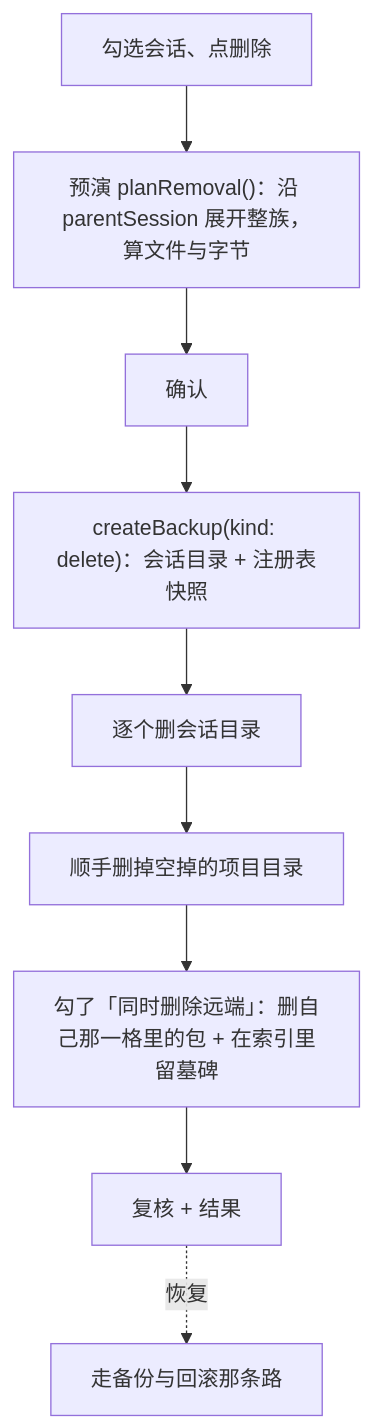
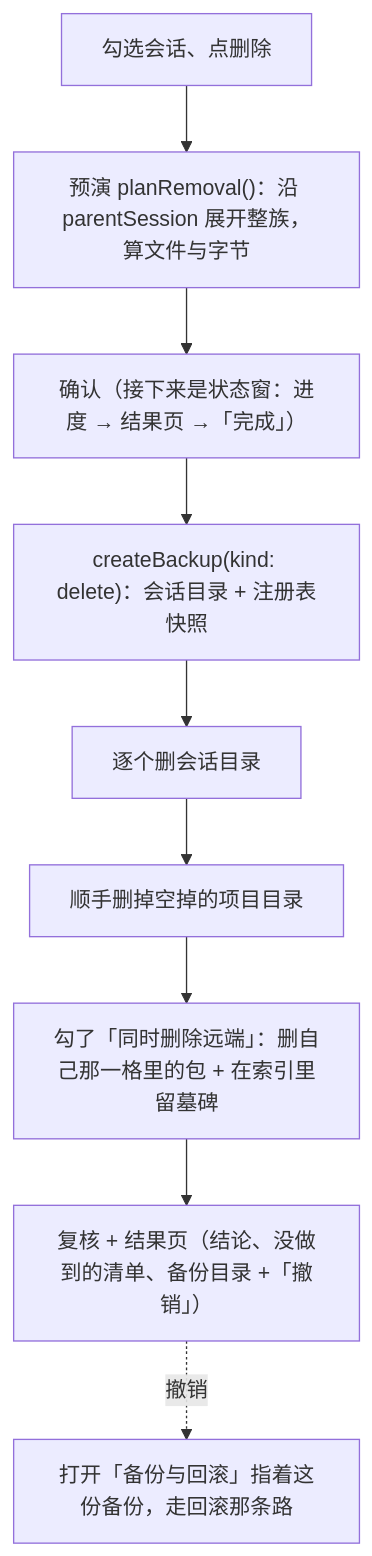
Before and after one commit to he0119/dsh-session-manager: the fifth of 10 diagrams in docs/flows.md, drawn with Mermaid. The commit also changed other lines of this file and 25 other files, not shown here.

````diff
--- a/docs/flows.md
+++ b/docs/flows.md
@@ -115,11 +133,11 @@
 ```mermaid
 flowchart TD
   A["勾选会话、点删除"] --> B["预演 planRemoval()：沿 parentSession 展开整族，算文件与字节"]
-  B --> C["确认"]
+  B --> C["确认（接下来是状态窗：进度 → 结果页 →「完成」）"]
   C --> D["createBackup(kind: delete)：会话目录 + 注册表快照"]
   D --> E["逐个删会话目录"]
   E --> F["顺手删掉空掉的项目目录"]
   F --> R["勾了「同时删除远端」：删自己那一格里的包 + 在索引里留墓碑"]
-  R --> G["复核 + 结果"]
-  G -.->|"恢复"| H["走备份与回滚那条路"]
+  R --> G["复核 + 结果页（结论、没做到的清单、备份目录 +「撤销」）"]
+  G -.->|"撤销"| H["打开「备份与回滚」指着这份备份，走回滚那条路"]
 ```
````
